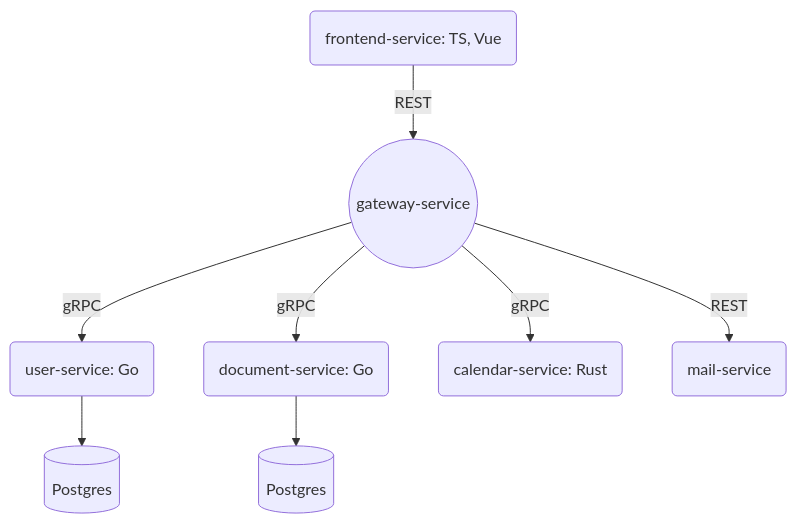
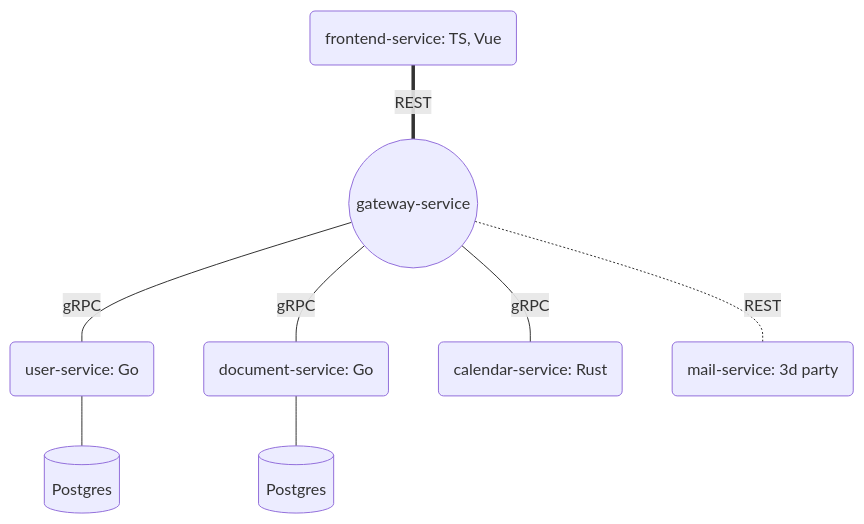
One commit to samgozman/validity.red changed the diagram in README.md. Above: the diagram before and after it, drawn with Mermaid.

Commit message:
Change line style

````diff
--- a/README.md
+++ b/README.md
@@ -5,13 +5,13 @@
 ```mermaid
 graph TB
-    A(frontend-service: TS, Vue) --> |REST| B((gateway-service))
-    B -->|gRPC| C(user-service: Go) --> F[(Postgres)]
-    B -->|gRPC| D(document-service: Go) --> G[(Postgres)]
-    B -->|gRPC| E(calendar-service: Rust)
-    B -->|REST| H(mail-service)
+    A(frontend-service: TS, Vue) === |REST| B((gateway-service))
+    B --- |gRPC| C(user-service: Go) --- F[(Postgres)]
+    B --- |gRPC| D(document-service: Go) --- G[(Postgres)]
+    B --- |gRPC| E(calendar-service: Rust)
+    B -.- |REST| H(mail-service: 3d party)
     click A "https://github.com/samgozman/validity.red/tree/main/frontend-service" "Frontend SPA written in VueJS and TypeScript"
     click B "https://github.com/samgozman/validity.red/tree/main/gateway-service" "Gateway service written in Go"
     click C "https://github.com/samgozman/validity.red/tree/main/user-service" "Users service written in Go"
     click D "https://github.com/samgozman/validity.red/tree/main/document-service" "Documents service written in Go"
     click E "https://github.com/samgozman/validity.red/tree/main/calendar-service" "Calendar service written in Rust"
 ```
````
